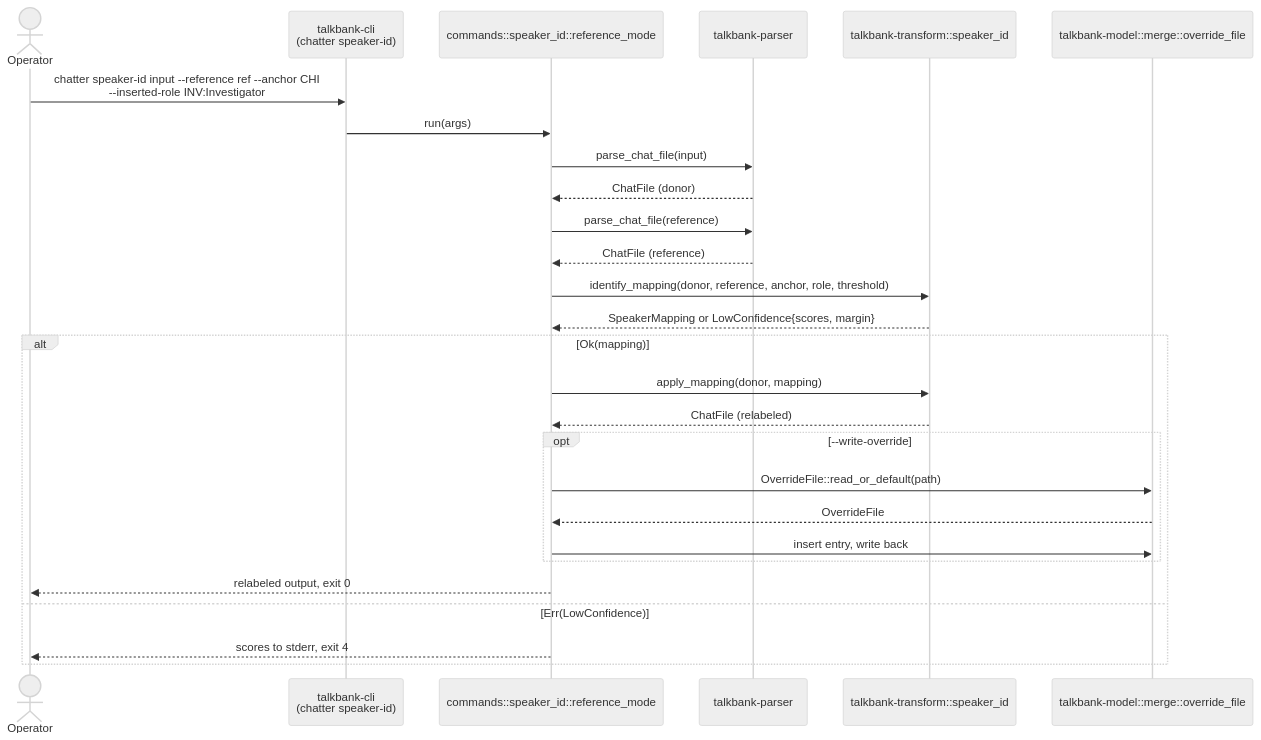
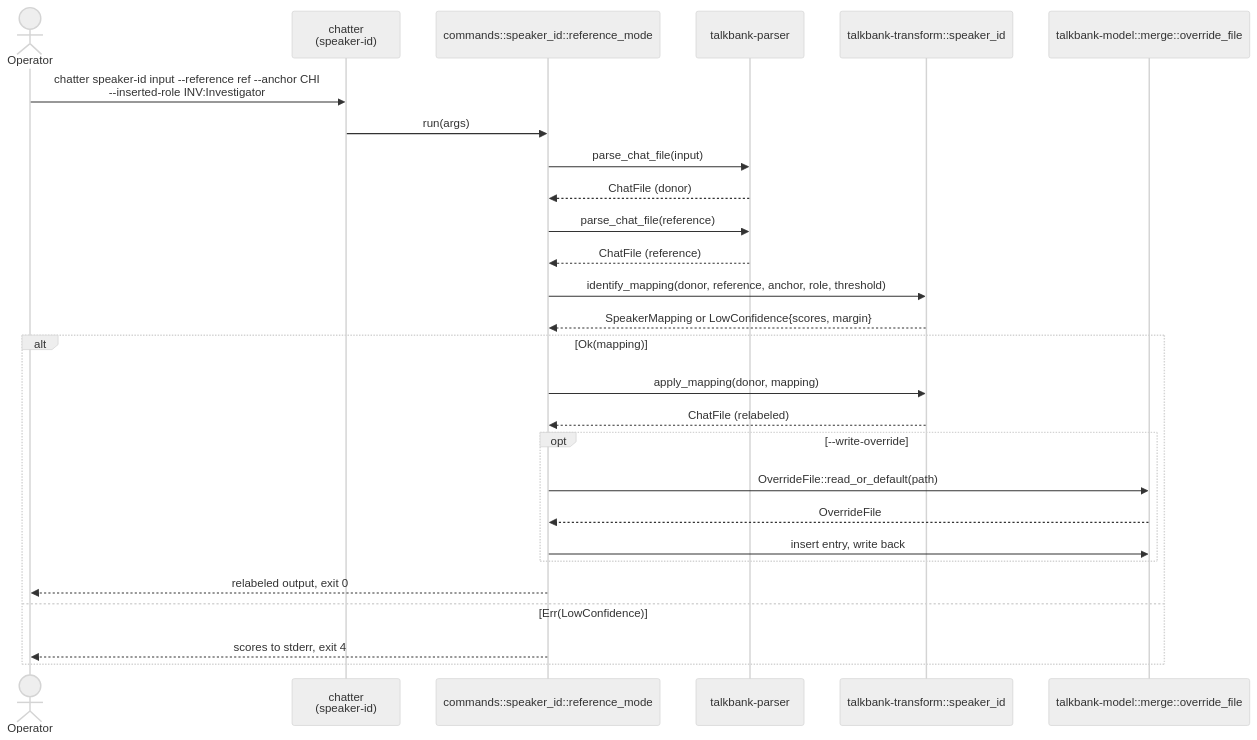
The third of 4 diagrams in book/src/architecture/merge-architecture.md (TalkBank/chatter), drawn with Mermaid (neutral theme) before and after one commit. The commit also changed other lines of this file and 140 other files, not shown here.

````diff
--- a/book/src/architecture/merge-architecture.md
+++ b/book/src/architecture/merge-architecture.md
@@ -309,30 +309,30 @@
 ```mermaid
 sequenceDiagram
     actor Operator
-    participant CLI as talkbank-cli<br/>(chatter speaker-id)
+    participant CLI as chatter<br/>(speaker-id)
     participant Runner as commands::speaker_id::reference_mode
     participant Parser as talkbank-parser
     participant SpkId as talkbank-transform::speaker_id
     participant Override as talkbank-model::merge::override_file
 
     Operator->>CLI: chatter speaker-id input --reference ref --anchor CHI<br/>--inserted-role INV:Investigator
     CLI->>Runner: run(args)
     Runner->>Parser: parse_chat_file(input)
     Parser-->>Runner: ChatFile (donor)
     Runner->>Parser: parse_chat_file(reference)
     Parser-->>Runner: ChatFile (reference)
     Runner->>SpkId: identify_mapping(donor, reference, anchor, role, threshold)
     SpkId-->>Runner: SpeakerMapping or LowConfidence{scores, margin}
     alt Ok(mapping)
         Runner->>SpkId: apply_mapping(donor, mapping)
         SpkId-->>Runner: ChatFile (relabeled)
         opt --write-override
             Runner->>Override: OverrideFile::read_or_default(path)
             Override-->>Runner: OverrideFile
             Runner->>Override: insert entry, write back
         end
         Runner-->>Operator: relabeled output, exit 0
     else Err(LowConfidence)
         Runner-->>Operator: scores to stderr, exit 4
     end
 ```
````
